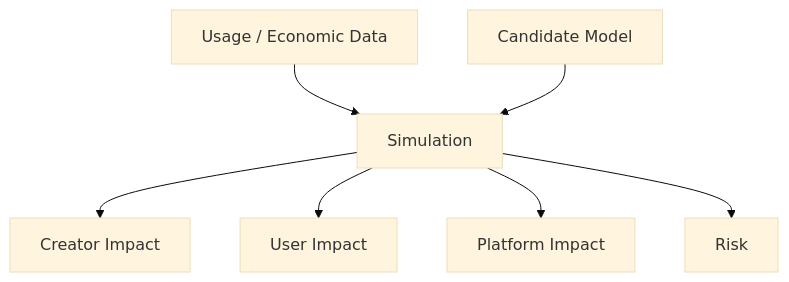
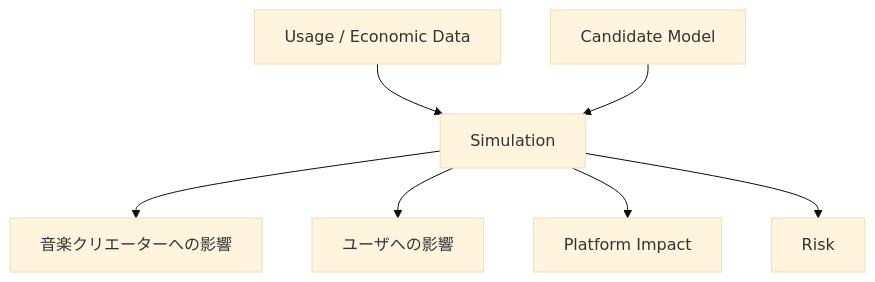
Before and after one commit to ShigeichiroYamasaki/creator-first-platform: diagram 21 of 27 in docs/whitepaper/06-economics-mathjax.md, drawn with Mermaid (base theme). The commit also changed other lines of this file and 67 other files, not shown here.

````diff
--- a/docs/whitepaper/06-economics-mathjax.md
+++ b/docs/whitepaper/06-economics-mathjax.md
@@ -931,14 +931,14 @@
 ```mermaid
 flowchart TD
     DATA[Usage / Economic Data]
     MODEL[Candidate Model]
     SIM[Simulation]
 
     DATA --> SIM
     MODEL --> SIM
 
-    SIM --> CREATOR[Creator Impact]
-    SIM --> USER[User Impact]
+    SIM --> CREATOR[音楽クリエーターへの影響]
+    SIM --> USER[ユーザへの影響]
     SIM --> COMPANY[Platform Impact]
     SIM --> RISK[Risk]
 ```
````
